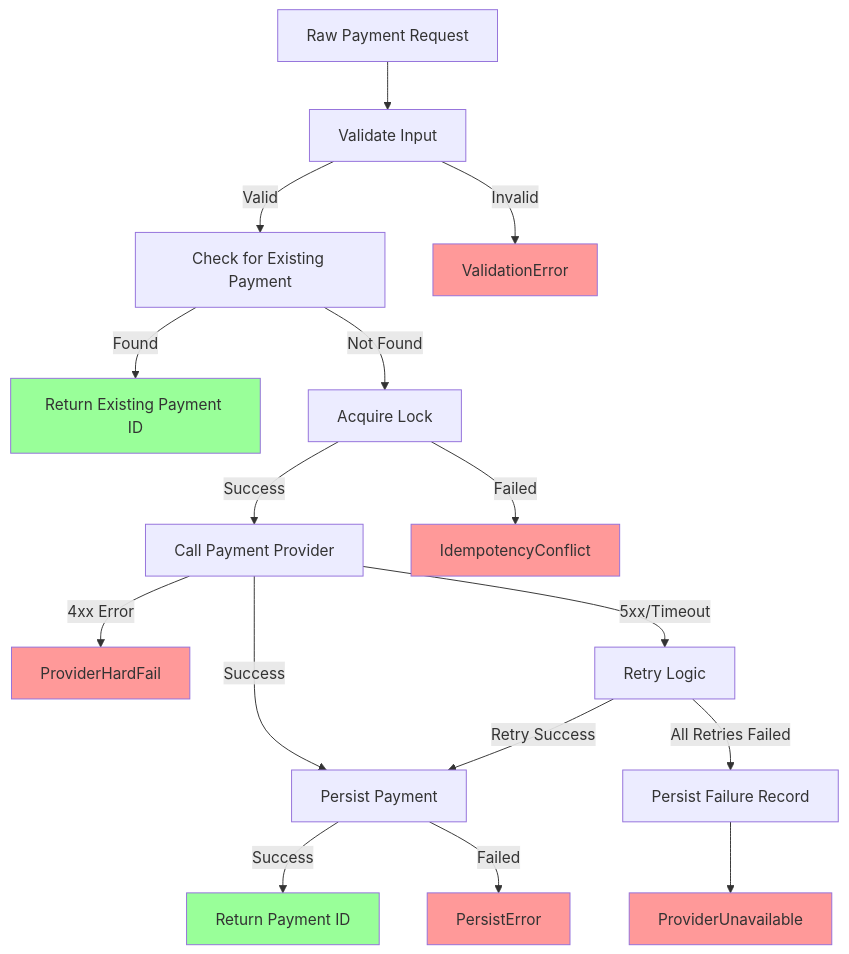
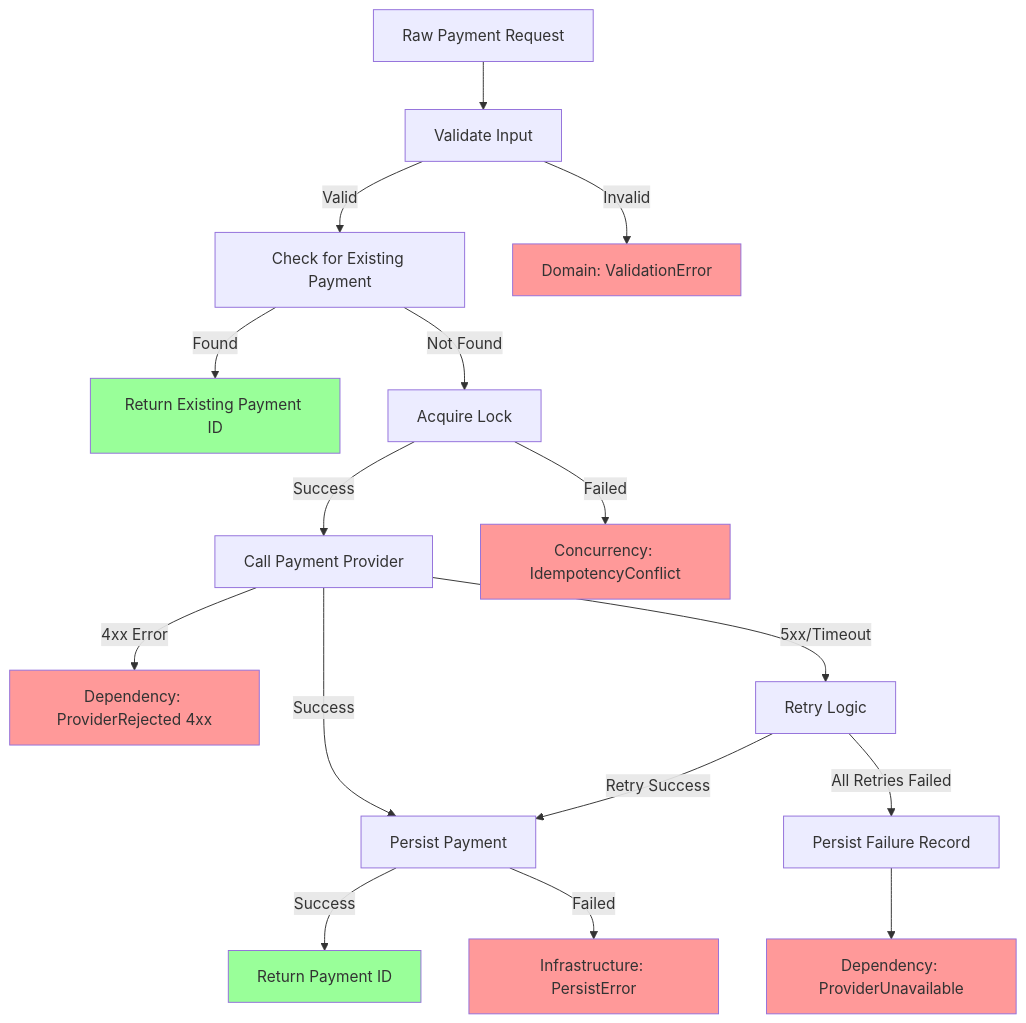
Before and after one commit to jagreehal/trycatch-vs-neverthrow-vs-effect: the first of 8 diagrams in README.md, drawn with Mermaid. The commit also changed other lines of this file and 3 other files, not shown here.

````diff
--- a/README.md
+++ b/README.md
@@ -29,31 +38,31 @@
 ```mermaid
 graph TD
     A[Raw Payment Request] --> B[Validate Input]
     B -->|Valid| C[Check for Existing Payment]
-    B -->|Invalid| X1[ValidationError]
+    B -->|Invalid| X1[Domain: ValidationError]
 
     C -->|Found| D[Return Existing Payment ID]
     C -->|Not Found| E[Acquire Lock]
 
     E -->|Success| F[Call Payment Provider]
-    E -->|Failed| X2[IdempotencyConflict]
+    E -->|Failed| X2[Concurrency: IdempotencyConflict]
 
     F -->|Success| G[Persist Payment]
-    F -->|4xx Error| X3[ProviderHardFail]
+    F -->|4xx Error| X3[Dependency: ProviderRejected 4xx]
     F -->|5xx/Timeout| H[Retry Logic]
 
     H -->|Retry Success| G
     H -->|All Retries Failed| I[Persist Failure Record]
-    I --> X4[ProviderUnavailable]
+    I --> X4[Dependency: ProviderUnavailable]
 
     G -->|Success| J[Return Payment ID]
-    G -->|Failed| X5[PersistError]
+    G -->|Failed| X5[Infrastructure: PersistError]
 
     style X1 fill:#ff9999
     style X2 fill:#ff9999
     style X3 fill:#ff9999
     style X4 fill:#ff9999
     style X5 fill:#ff9999
     style J fill:#99ff99
     style D fill:#99ff99
 ```
````
